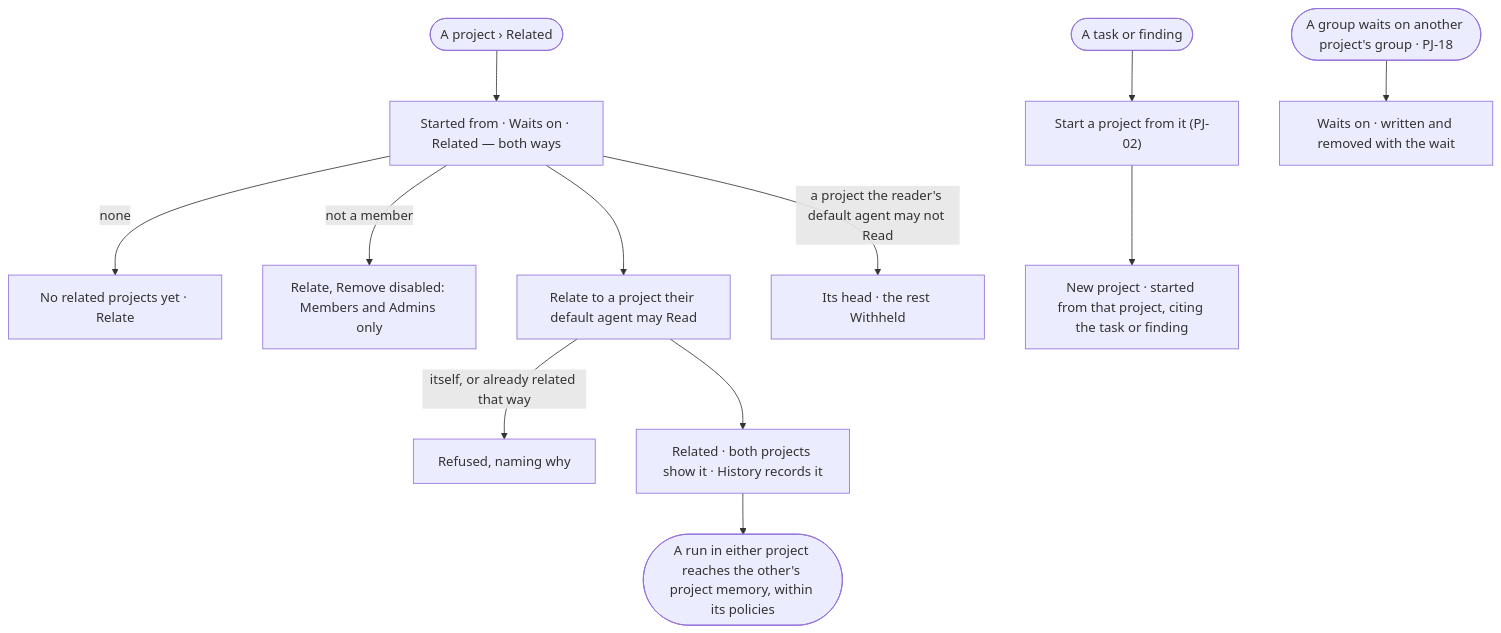
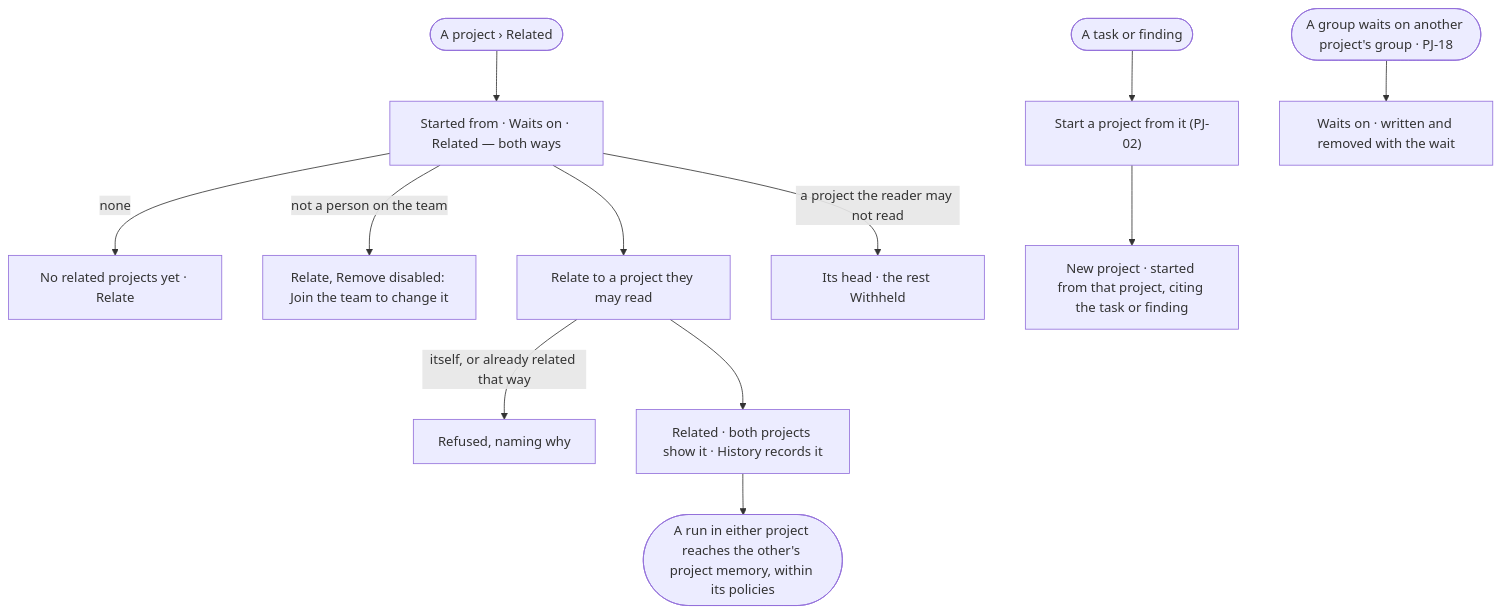
The diagram in specs/capabilities/projects/features/PJ-F01-projects-and-tasks/stories/PJ-23-relate-a-project-to-another-or-start-one-from-it/story.md (invana/invana), drawn with Mermaid before and after one commit. The commit also changed other lines of this file and 106 other files, not shown here.

````diff
--- a/specs/capabilities/projects/features/PJ-F01-projects-and-tasks/stories/PJ-23-relate-a-project-to-another-or-start-one-from-it/story.md
+++ b/specs/capabilities/projects/features/PJ-F01-projects-and-tasks/stories/PJ-23-relate-a-project-to-another-or-start-one-from-it/story.md
@@ -31,14 +31,14 @@
 ```mermaid
 flowchart TD
   s([A project › Related]) --> l["Started from · Waits on · Related — both ways"]
   l -->|none| e["No related projects yet · Relate"]
-  l -->|not a member| na["Relate, Remove disabled: Members and Admins only"]
-  l --> r["Relate to a project their default agent may Read"]
+  l -->|not a person on the team| na["Relate, Remove disabled: Join the team to change it"]
+  l --> r["Relate to a project they may read"]
   r -->|itself, or already related that way| ref["Refused, naming why"]
   r --> ok["Related · both projects show it · History records it"]
   t([A task or finding]) --> sf["Start a project from it (PJ-02)"]
   sf --> nw["New project · started from that project, citing the task or finding"]
   g([A group waits on another project's group · PJ-18]) --> w["Waits on · written and removed with the wait"]
   ok --> scope(["A run in either project reaches the other's project memory, within its policies"])
-  l -->|a project the reader's default agent may not Read| wh["Its head · the rest Withheld"]
+  l -->|a project the reader may not read| wh["Its head · the rest Withheld"]
 ```
````
